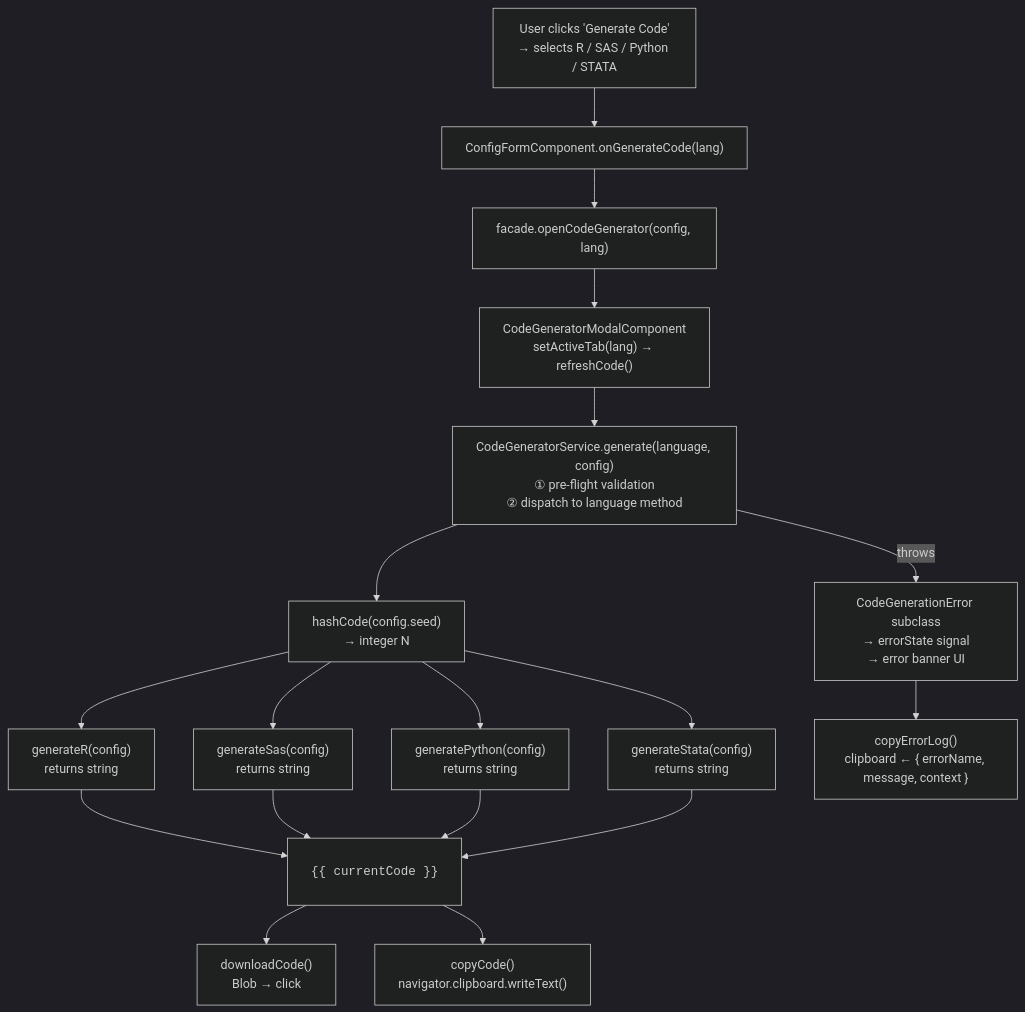
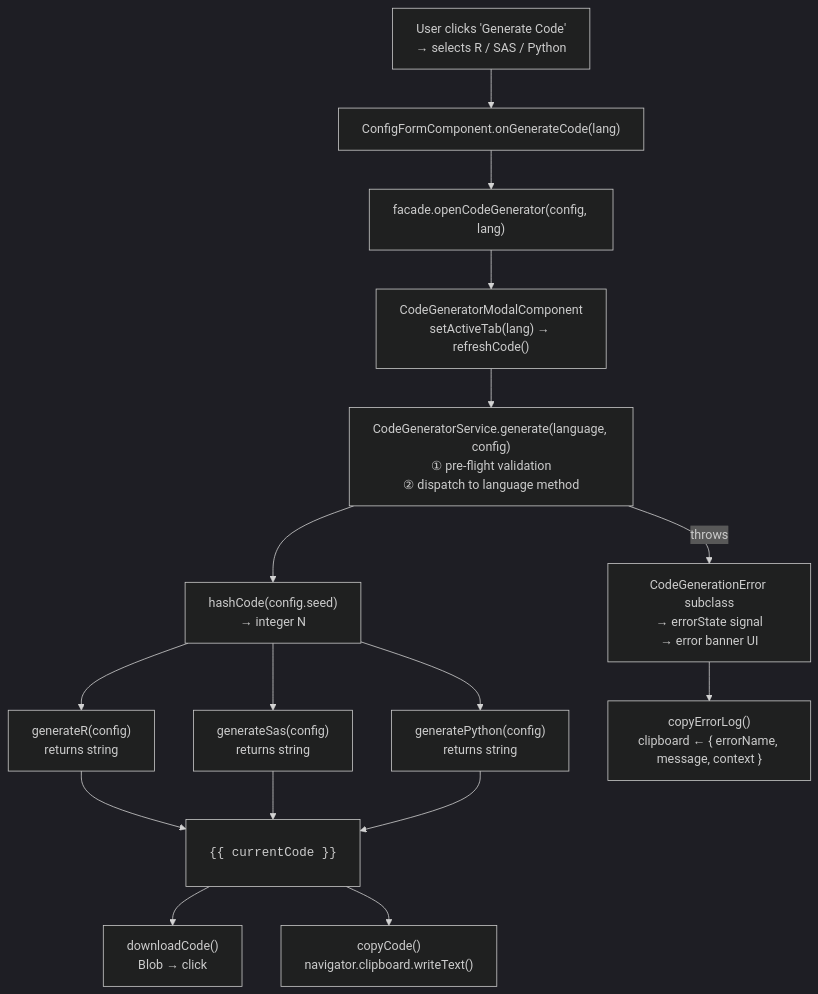
The tenth of 17 diagrams in docs/ARCHITECTURE.md (fderuiter/Clinical-Randomization-Generator), drawn with Mermaid (dark theme) before and after one commit. The commit also changed other lines of this file and 12 other files, not shown here.

````diff
--- a/docs/ARCHITECTURE.md
+++ b/docs/ARCHITECTURE.md
@@ -871,28 +817,26 @@
 ```mermaid
 flowchart TD
-    MODAL_BTN["User clicks 'Generate Code'\n→ selects R / SAS / Python / STATA"]
+    MODAL_BTN["User clicks 'Generate Code'\n→ selects R / SAS / Python"]
     FORM4["ConfigFormComponent.onGenerateCode(lang)"]
     FACADE4["facade.openCodeGenerator(config, lang)"]
     MODAL4["CodeGeneratorModalComponent\nsetActiveTab(lang) → refreshCode()"]
     ENTRY["CodeGeneratorService.generate(language, config)\n① pre-flight validation\n② dispatch to language method"]
 
     MODAL_BTN --> FORM4 --> FACADE4 --> MODAL4 --> ENTRY
 
     ENTRY --> CGS["hashCode(config.seed)\n→ integer N"]
 
     CGS --> GR["generateR(config)\nreturns string"]
     CGS --> GSAS["generateSas(config)\nreturns string"]
     CGS --> GPY["generatePython(config)\nreturns string"]
-    CGS --> GSTATA["generateStata(config)\nreturns string"]
 
     GR --> DISP["<pre><code>{{ currentCode }}</code></pre>"]
     GSAS --> DISP
     GPY --> DISP
-    GSTATA --> DISP
 
     DISP --> DL["downloadCode()\nBlob → <a download> click"]
     DISP --> CP["copyCode()\nnavigator.clipboard.writeText()"]
 
     ENTRY -- "throws" --> ERR["CodeGenerationError subclass\n→ errorState signal\n→ error banner UI"]
     ERR --> CPE["copyErrorLog()\nclipboard ← { errorName, message, context }"]
 ```
````
